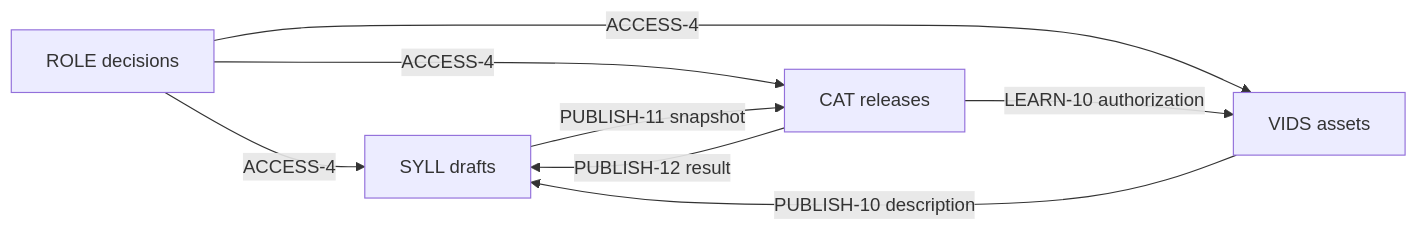
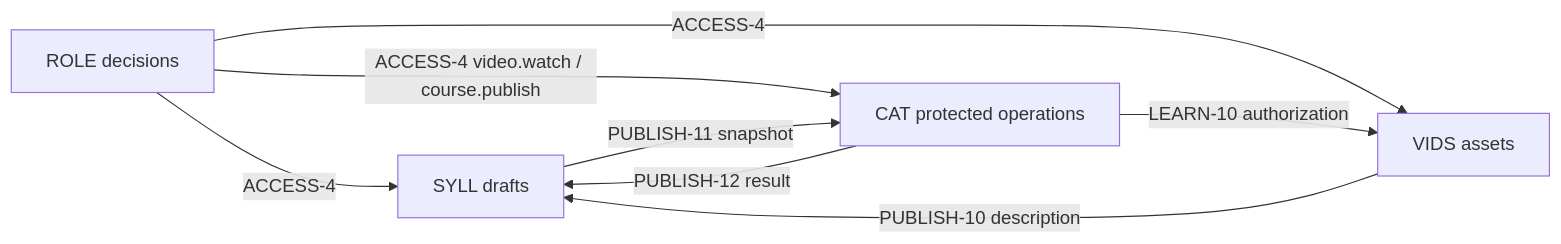
Before and after one commit to sublang-ai/spex: the diagram in demo/specs/map.md, drawn with Mermaid. The commit also changed other lines of this file and 31 other files, not shown here.

````diff
--- a/demo/specs/map.md
+++ b/demo/specs/map.md
@@ -66,10 +67,10 @@
 ```mermaid
 flowchart LR
     ROLE["ROLE decisions"] -- "ACCESS-4" --> SYLL["SYLL drafts"]
-    ROLE -- "ACCESS-4" --> CAT["CAT releases"]
+    ROLE -- "ACCESS-4 video.watch / course.publish" --> CAT["CAT protected operations"]
     ROLE -- "ACCESS-4" --> VIDS["VIDS assets"]
     VIDS -- "PUBLISH-10 description" --> SYLL
     SYLL -- "PUBLISH-11 snapshot" --> CAT
     CAT -- "PUBLISH-12 result" --> SYLL
     CAT -- "LEARN-10 authorization" --> VIDS
 ```
````
